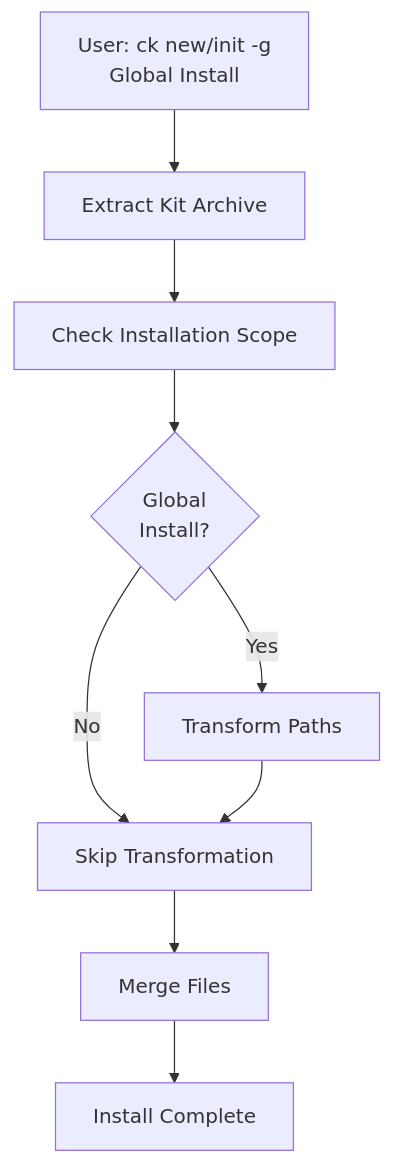
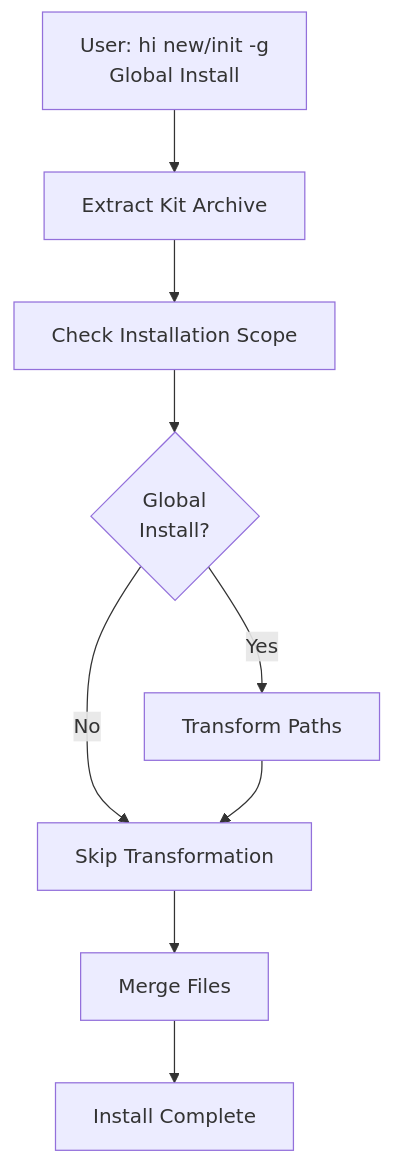
Before and after one commit to kaeljune/hilab-cli: diagram 11 of 12 in docs/hi-command-flow-guide.md, drawn with Mermaid. The commit also changed other lines of this file and 38 other files, not shown here.

````diff
--- a/docs/hi-command-flow-guide.md
+++ b/docs/hi-command-flow-guide.md
@@ -567,10 +567,10 @@
 ```mermaid
 flowchart TD
-    A["User: ck new/init -g<br/>Global Install"] --> B["Extract Kit Archive"]
+    A["User: hi new/init -g<br/>Global Install"] --> B["Extract Kit Archive"]
     B --> C["Check Installation Scope"]
     C --> D{"Global<br/>Install?"}
     D -->|Yes| E["Transform Paths"]
     D -->|No| F["Skip Transformation"]
     E --> F --> G["Merge Files"]
     G --> H["Install Complete"]
 ```
````
